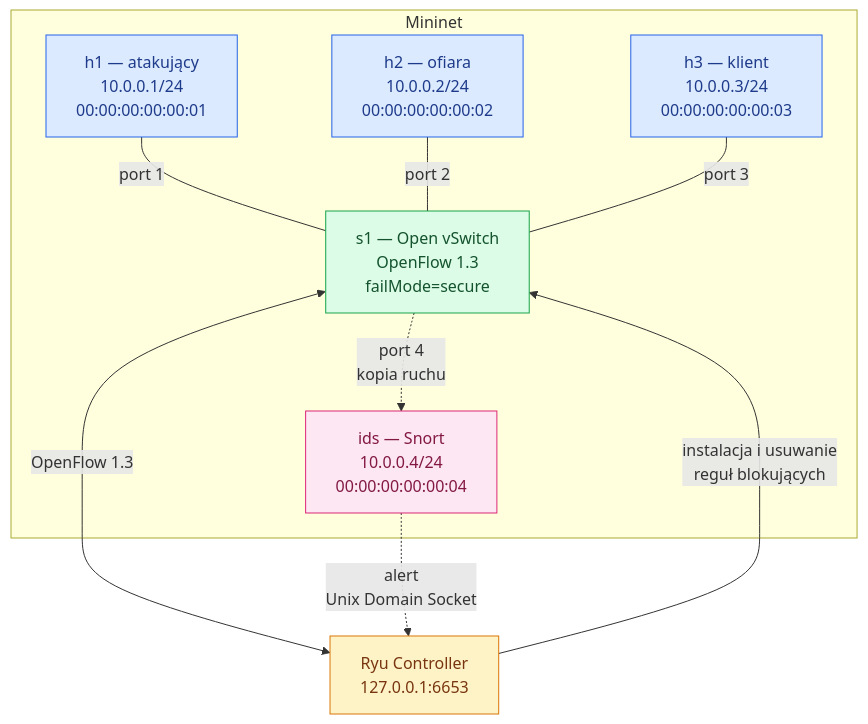
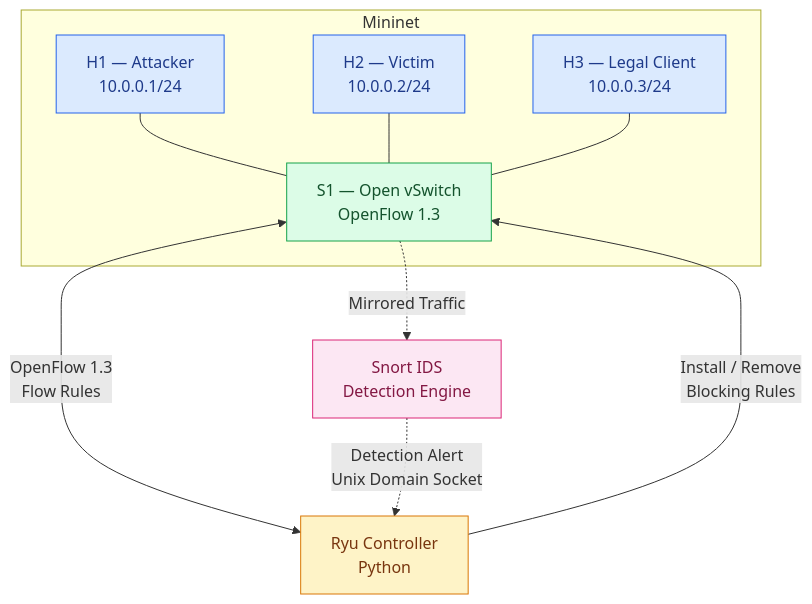
Before and after one commit to Dawid0508/sdn-reactive-firewall: the second of 2 diagrams in README.md, drawn with Mermaid. The commit also changed other lines of this file and 1 other file, not shown here.

Commit message:
feat: connect Mininet topology to remote Ryu controller

````diff
--- a/README.md
+++ b/README.md
@@ -99,32 +130,33 @@
 ```mermaid
 flowchart TB
     subgraph NET["Mininet"]
-        H1["h1 — atakujący<br/>10.0.0.1/24<br/>00:00:00:00:00:01"]
-        H2["h2 — ofiara<br/>10.0.0.2/24<br/>00:00:00:00:00:02"]
-        H3["h3 — klient<br/>10.0.0.3/24<br/>00:00:00:00:00:03"]
-        IDS["ids — Snort<br/>10.0.0.4/24<br/>00:00:00:00:00:04"]
+        H1["H1 — Attacker<br/>10.0.0.1/24"]
+        H2["H2 — Victim<br/>10.0.0.2/24"]
+        H3["H3 — Legal Client<br/>10.0.0.3/24"]
 
-        S1["s1 — Open vSwitch<br/>OpenFlow 1.3<br/>failMode=secure"]
+        S1["S1 — Open vSwitch<br/>OpenFlow 1.3"]
 
-        H1 ---|"port 1"| S1
-        H2 ---|"port 2"| S1
-        H3 ---|"port 3"| S1
-        S1 -.->|"port 4<br/>kopia ruchu"| IDS
+        H1 --- S1
+        H2 --- S1
+        H3 --- S1
     end
 
-    RYU["Ryu Controller<br/>127.0.0.1:6653"]
+    RYU["Ryu Controller<br/>Python"]
+    SNORT["Snort IDS<br/>Detection Engine"]
 
-    S1 <-->|"OpenFlow 1.3"| RYU
-    IDS -.->|"alert<br/>Unix Domain Socket"| RYU
-    RYU -->|"instalacja i usuwanie<br/>reguł blokujących"| S1
+    S1 <-->|"OpenFlow 1.3<br/>Flow Rules"| RYU
+    S1 -.->|"Mirrored Traffic"| SNORT
+    SNORT -.->|"Detection Alert<br/>Unix Domain Socket"| RYU
+
+    RYU -->|"Install / Remove<br/>Blocking Rules"| S1
 
     classDef host fill:#dbeafe,stroke:#2563eb,color:#1e3a8a
     classDef switch fill:#dcfce7,stroke:#16a34a,color:#14532d
     classDef controller fill:#fef3c7,stroke:#d97706,color:#78350f
     classDef ids fill:#fce7f3,stroke:#db2777,color:#831843
 
     class H1,H2,H3 host
     class S1 switch
     class RYU controller
-    class IDS ids
+    class SNORT ids
 ```
````
